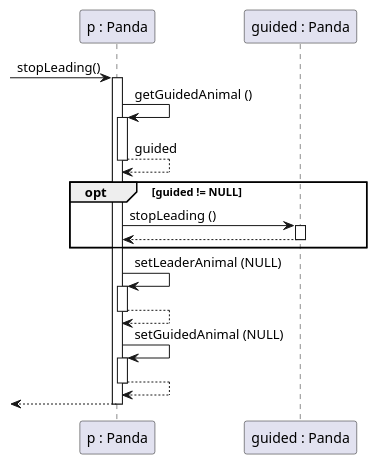
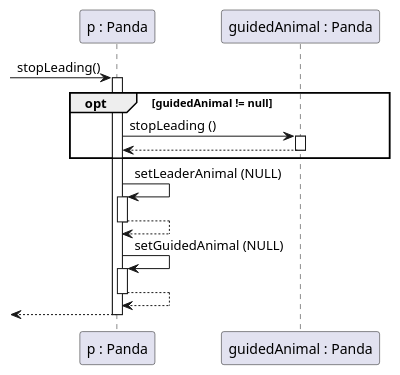
The diagram in 3-analysis-modell/java/src/main/plantuml/SequenceDiagram_Panda_stopLeading.puml (bokovhu/software-project-laboratory-assignment), drawn with PlantUML before and after one commit. The commit also changed 1 other file, not shown here.

```diff
--- a/3-analysis-modell/java/src/main/plantuml/SequenceDiagram_Panda_stopLeading.puml
+++ b/3-analysis-modell/java/src/main/plantuml/SequenceDiagram_Panda_stopLeading.puml
@@ -1,29 +1,27 @@
 @startuml
 participant "p : Panda" as p
-participant "guided : Panda" as guided
+participant "guidedAnimal : Panda" as guided
 
 [-> p : stopLeading()
 activate p
 
-p -> p ++ : getGuidedAnimal ()
-p --> p -- : guided
 
-opt guided != NULL
+opt guidedAnimal != null
 
     p -> guided ++ : stopLeading ()
     guided --> p --
 
 end
 
 p -> p ++ : setLeaderAnimal (NULL)
 p --> p --
 
 p -> p ++ : setGuidedAnimal (NULL)
 p --> p --
 
 [<--p
 deactivate p
 
 
 
 @enduml
```
